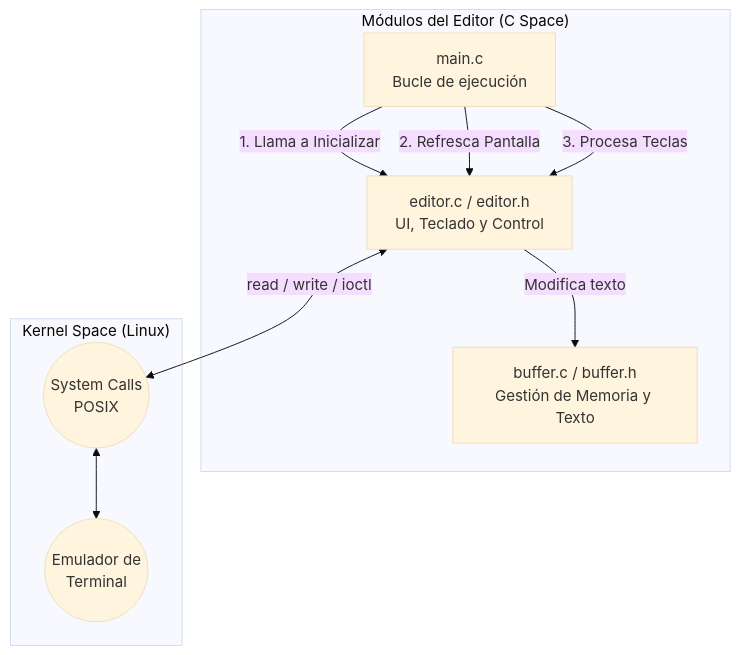
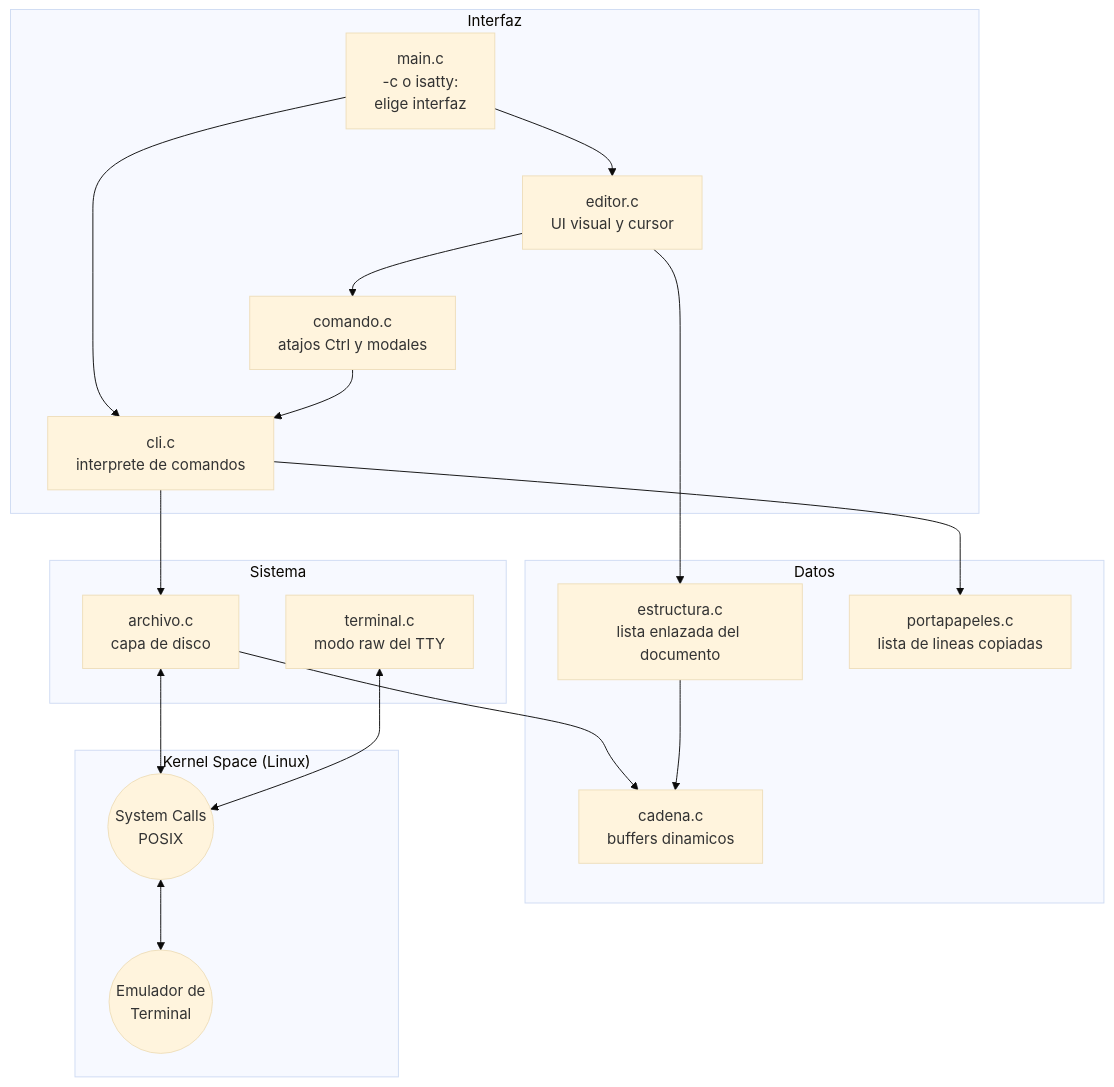
The first of 3 diagrams in diseño.md (JhonP16/EditorTexto_SO), drawn with Mermaid (base theme) before and after one commit. The commit also changed other lines of this file and 31 other files, not shown here.

Commit message:
Comandos requeridos y CLI

````diff
--- a/diseño.md
+++ b/diseño.md
@@ -9,21 +9,38 @@
 ```mermaid
 graph TD
-    subgraph "Módulos del Editor (C Space)"
-        Main[main.c<br/>Bucle de ejecución]
-        Editor[editor.c / editor.h<br/>UI, Teclado y Control]
-        Buffer[buffer.c / buffer.h<br/>Gestión de Memoria y Texto]
+    subgraph "Interfaz"
+        Main[main.c<br/>-c o isatty:<br/>elige interfaz]
+        Editor[editor.c<br/>UI visual y cursor]
+        Comando[comando.c<br/>atajos Ctrl y modales]
+        Cli[cli.c<br/>interprete de comandos]
     end
-  
+
+    subgraph "Datos"
+        Estructura[estructura.c<br/>lista enlazada del documento]
+        Porta[portapapeles.c<br/>lista de lineas copiadas]
+        Cadena[cadena.c<br/>buffers dinamicos]
+    end
+
+    subgraph "Sistema"
+        Archivo[archivo.c<br/>capa de disco]
+        Terminal[terminal.c<br/>modo raw del TTY]
+    end
+
     subgraph "Kernel Space (Linux)"
         Syscalls((System Calls<br/>POSIX))
-        Terminal((Emulador de<br/>Terminal))
+        Tty((Emulador de<br/>Terminal))
     end
 
-    Main -->|1. Llama a Inicializar| Editor
-    Main -->|2. Refresca Pantalla| Editor
-    Main -->|3. Procesa Teclas| Editor
-  
-    Editor -->|Modifica texto| Buffer
-    Editor <-->|read / write / ioctl| Syscalls
-    Syscalls <--> Terminal
+    Main --> Editor
+    Main --> Cli
+    Editor --> Comando
+    Comando --> Cli
+    Cli --> Archivo
+    Cli --> Porta
+    Editor --> Estructura
+    Archivo --> Cadena
+    Estructura --> Cadena
+    Archivo <--> Syscalls
+    Terminal <--> Syscalls
+    Syscalls <--> Tty
 ```
````
